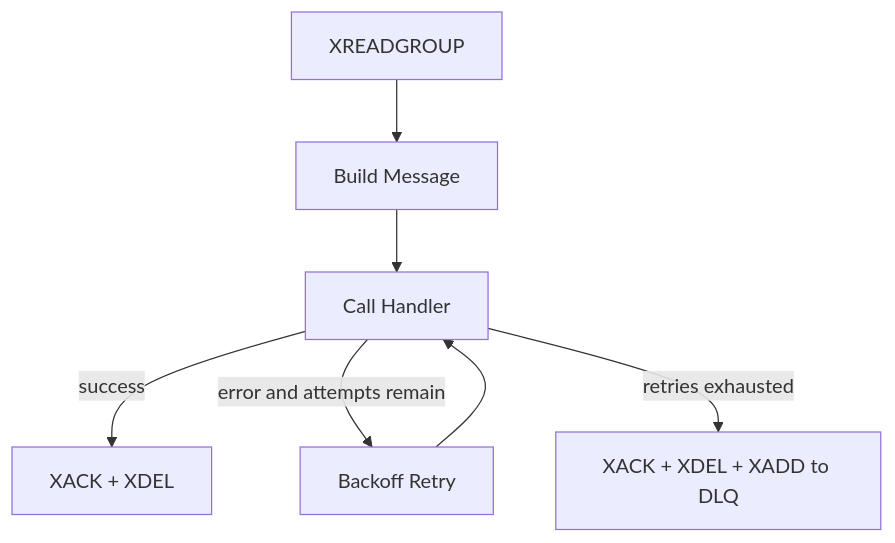
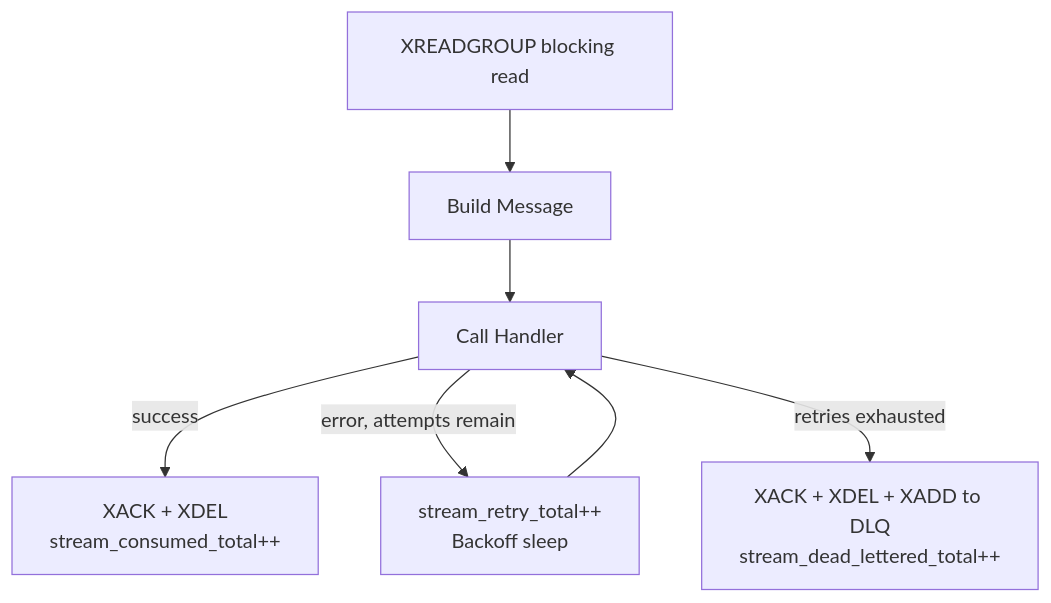
Before and after one commit to vinnedev/redis-stream-go: the third of 4 diagrams in README.md, drawn with Mermaid. The commit also changed other lines of this file and 12 other files, not shown here.

````diff
--- a/README.md
+++ b/README.md
@@ -134,9 +144,9 @@
 ```mermaid
 flowchart TD
-    A[XREADGROUP] --> B[Build Message]
+    A[XREADGROUP blocking read] --> B[Build Message]
     B --> C[Call Handler]
-    C -->|success| D[XACK + XDEL]
-    C -->|error and attempts remain| E[Backoff Retry]
+    C -->|success| D[XACK + XDEL\nstream_consumed_total++]
+    C -->|error, attempts remain| E[stream_retry_total++\nBackoff sleep]
     E --> C
-    C -->|retries exhausted| F[XACK + XDEL + XADD to DLQ]
+    C -->|retries exhausted| F[XACK + XDEL + XADD to DLQ\nstream_dead_lettered_total++]
 ```
````
